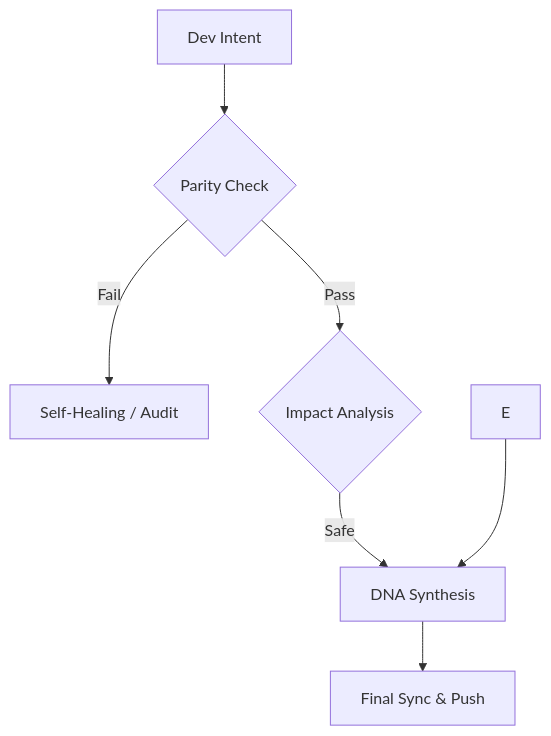
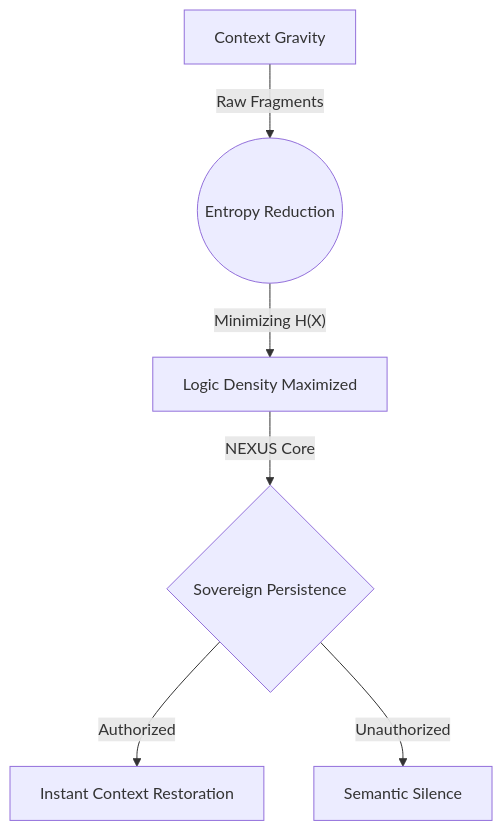
Before and after one commit to SteveBlackbeard/CHRONOLITH-by-Ethernium: the third of 3 diagrams in README.md, drawn with Mermaid. The commit also changed other lines of this file and 3 other files, not shown here.

````diff
--- a/README.md
+++ b/README.md
@@ -228,9 +251,8 @@
 ```mermaid
 graph TD
-    A[Dev Intent] --> B{Parity Check}
-    B -- Fail --> C[Self-Healing / Audit]
-    B -- Pass --> D{Impact Analysis}
-    D -- Safe --> F[DNA Synthesis]
-    E --> F
-    F --> G[Final Sync & Push]
+    A[Context Gravity] -- "Raw Fragments" --> B((Entropy Reduction))
+    B -- "Minimizing H(X)" --> C[Logic Density Maximized]
+    C -- "NEXUS Core" --> D{Sovereign Persistence}
+    D -- "Authorized" --> E[Instant Context Restoration]
+    D -- "Unauthorized" --> F[Semantic Silence]
 ```
````
